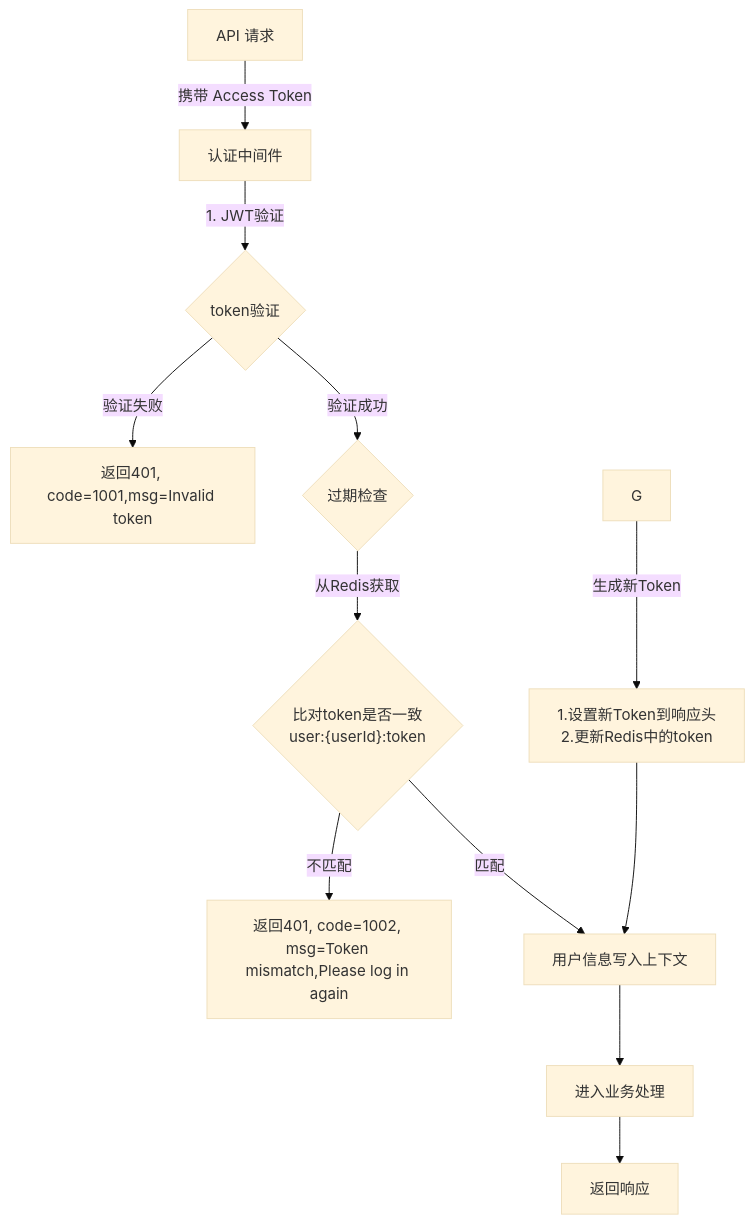
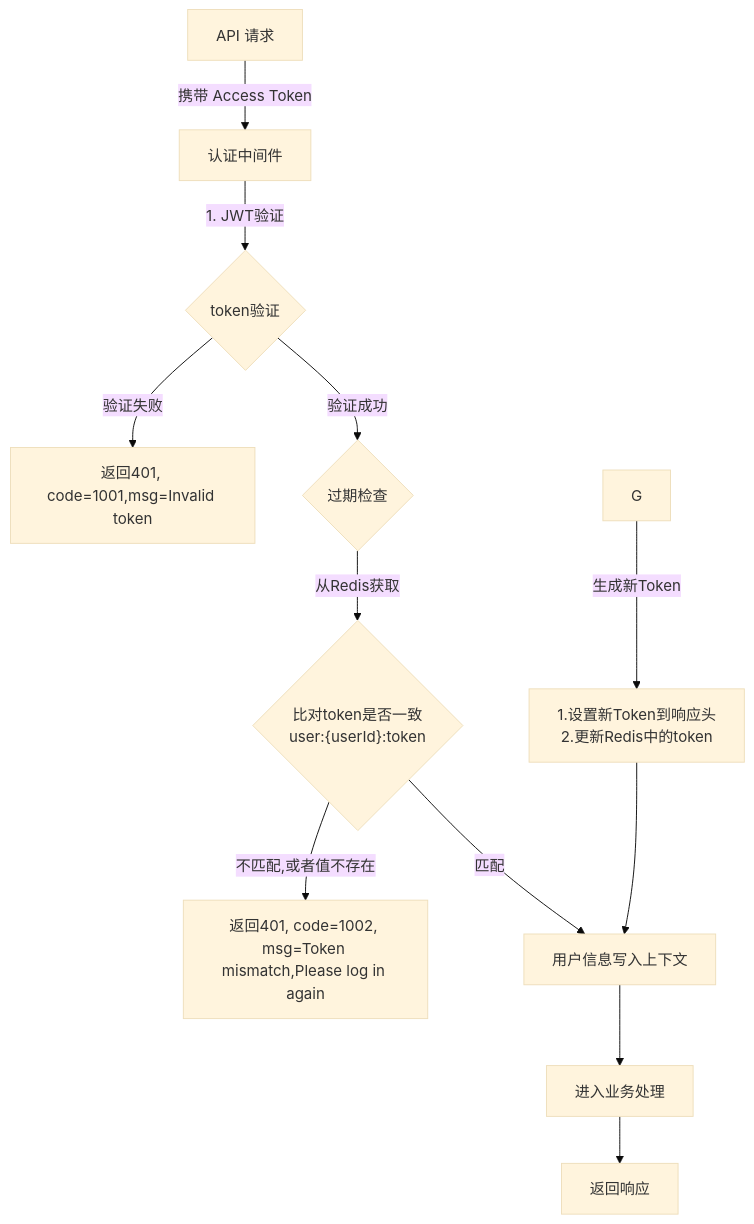
The diagram in all/未命名-16.md (yingjianzh/iodraw-files), drawn with Mermaid (base theme) before and after one commit.

Commit message:
2025-01-08 14:53:01 update

````diff
--- a/all/未命名-16.md
+++ b/all/未命名-16.md
@@ -1,20 +1,21 @@
 ```mermaid
 
 flowchart TD
     A[API 请求] -->|携带 Access Token| B[认证中间件]
     B -->|1. JWT验证| C{token验证}
     C -->|验证失败| D[返回401, code=1001,msg=Invalid token]
     C -->|验证成功| F{过期检查}
     
     F -->|从Redis获取| I{"比对token是否一致
     user:{userId}:token"}
-    I -->|不匹配| J[返回401, code=1002, msg=Token mismatch,Please log in again]
+    
+    I -->|不匹配,或者值不存在| J[返回401, code=1002, msg=Token mismatch,Please log in again]
     I -->|匹配| K[用户信息写入上下文]
     K --> L[进入业务处理]
     L --> N[返回响应]
     
     G -->|生成新Token| M["1.设置新Token到响应头
     2.更新Redis中的token"]
     M --> K
 
 ```
````
